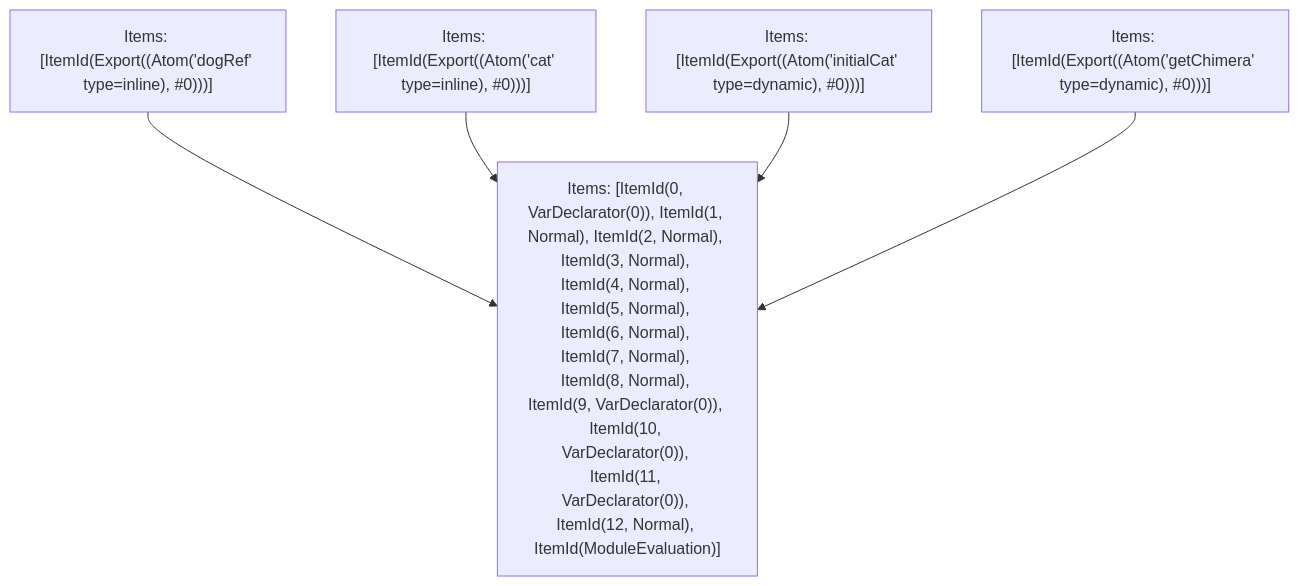
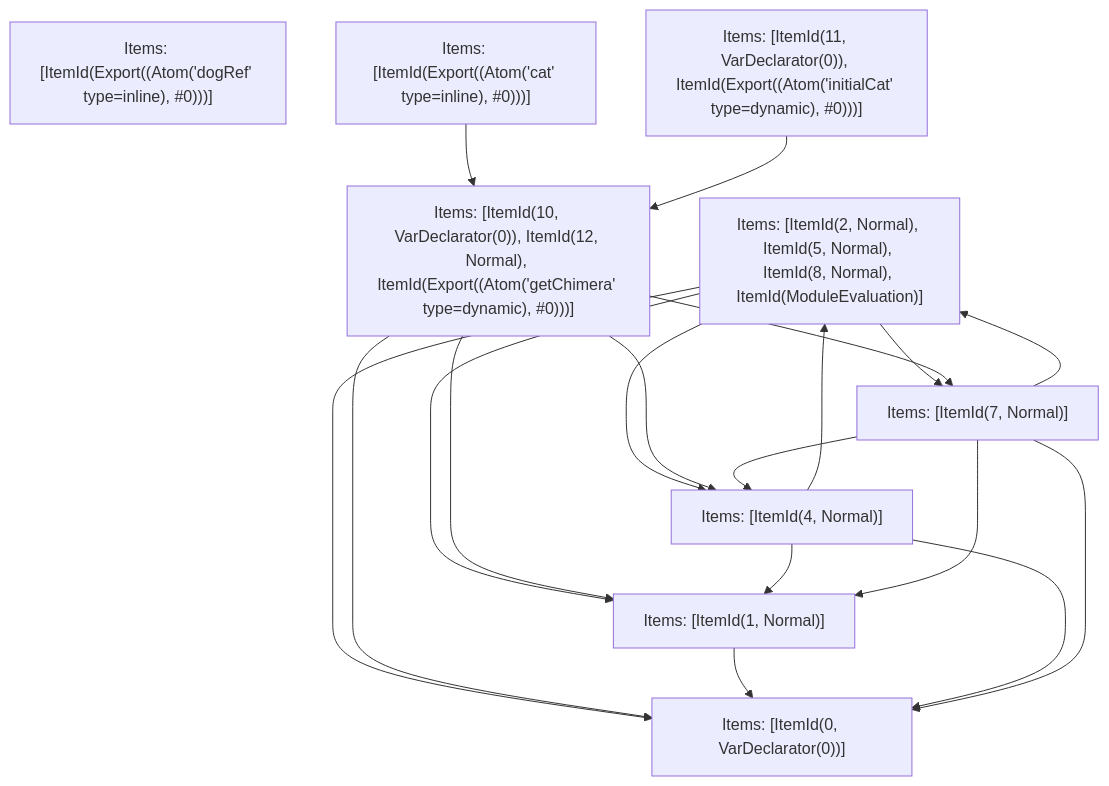
Before and after one commit to vercel/turborepo: the fifth of 5 diagrams in crates/turbopack-ecmascript/tests/tree-shaker/analyzer/complex/output.md, drawn with Mermaid. The commit also changed other lines of this file and 3 other files, not shown here.

````diff
--- a/crates/turbopack-ecmascript/tests/tree-shaker/analyzer/complex/output.md
+++ b/crates/turbopack-ecmascript/tests/tree-shaker/analyzer/complex/output.md
@@ -383,12 +373,30 @@
 ```mermaid
 graph TD
-    N0["Items: [ItemId(0, VarDeclarator(0)), ItemId(1, Normal), ItemId(2, Normal), ItemId(3, Normal), ItemId(4, Normal), ItemId(5, Normal), ItemId(6, Normal), ItemId(7, Normal), ItemId(8, Normal), ItemId(9, VarDeclarator(0)), ItemId(10, VarDeclarator(0)), ItemId(11, VarDeclarator(0)), ItemId(12, Normal), ItemId(ModuleEvaluation)]"];
+    N0["Items: [ItemId(2, Normal), ItemId(5, Normal), ItemId(8, Normal), ItemId(ModuleEvaluation)]"];
     N1["Items: [ItemId(Export((Atom('dogRef' type=inline), #0)))]"];
     N2["Items: [ItemId(Export((Atom('cat' type=inline), #0)))]"];
-    N3["Items: [ItemId(Export((Atom('initialCat' type=dynamic), #0)))]"];
-    N4["Items: [ItemId(Export((Atom('getChimera' type=dynamic), #0)))]"];
-    N1 --> N0;
-    N2 --> N0;
-    N3 --> N0;
-    N4 --> N0;
+    N3["Items: [ItemId(11, VarDeclarator(0)), ItemId(Export((Atom('initialCat' type=dynamic), #0)))]"];
+    N4["Items: [ItemId(10, VarDeclarator(0)), ItemId(12, Normal), ItemId(Export((Atom('getChimera' type=dynamic), #0)))]"];
+    N5["Items: [ItemId(0, VarDeclarator(0))]"];
+    N6["Items: [ItemId(1, Normal)]"];
+    N7["Items: [ItemId(4, Normal)]"];
+    N8["Items: [ItemId(7, Normal)]"];
+    N0 --> N5;
+    N0 --> N6;
+    N0 --> N7;
+    N0 --> N8;
+    N2 --> N4;
+    N3 --> N4;
+    N4 --> N5;
+    N4 --> N6;
+    N4 --> N7;
+    N4 --> N8;
+    N6 --> N5;
+    N7 --> N5;
+    N7 --> N6;
+    N7 --> N0;
+    N8 --> N5;
+    N8 --> N6;
+    N8 --> N7;
+    N8 --> N0;
 ```
````
